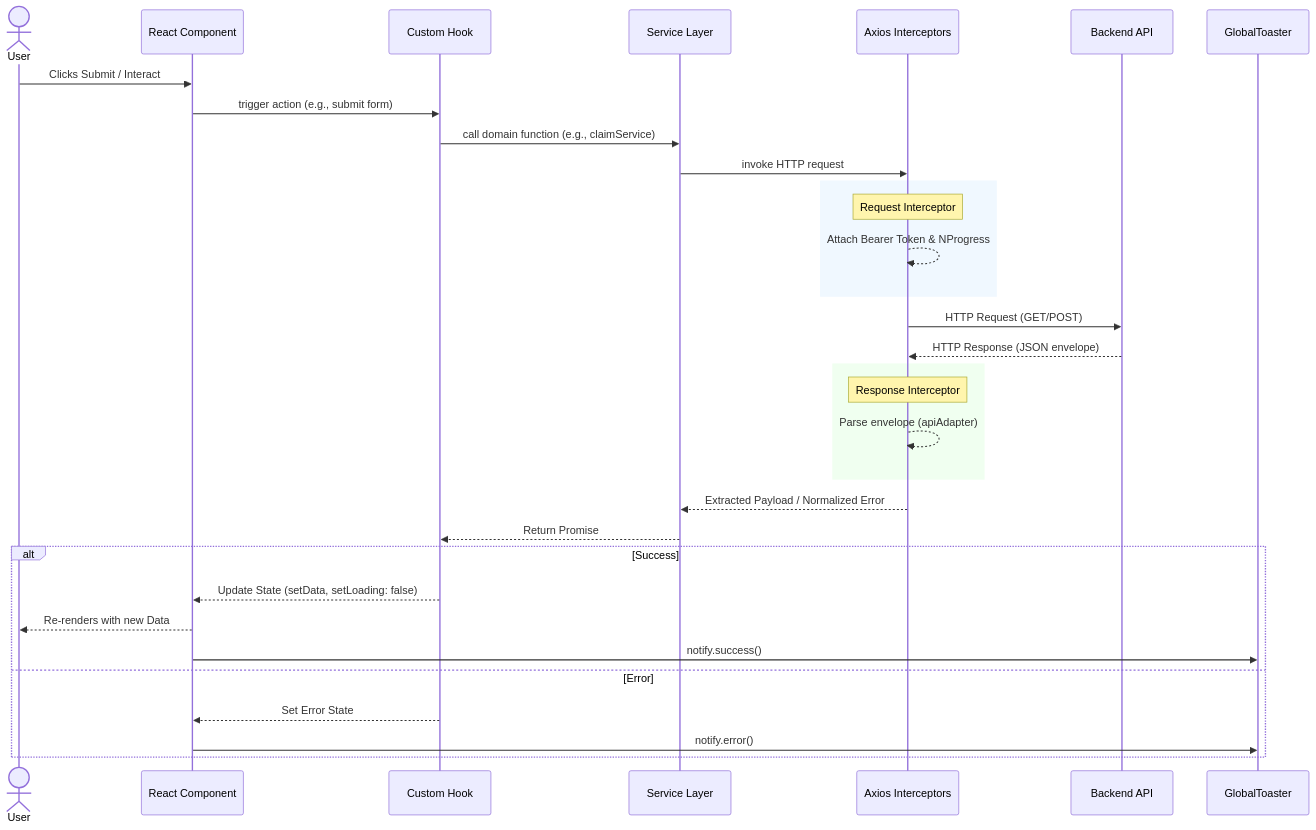
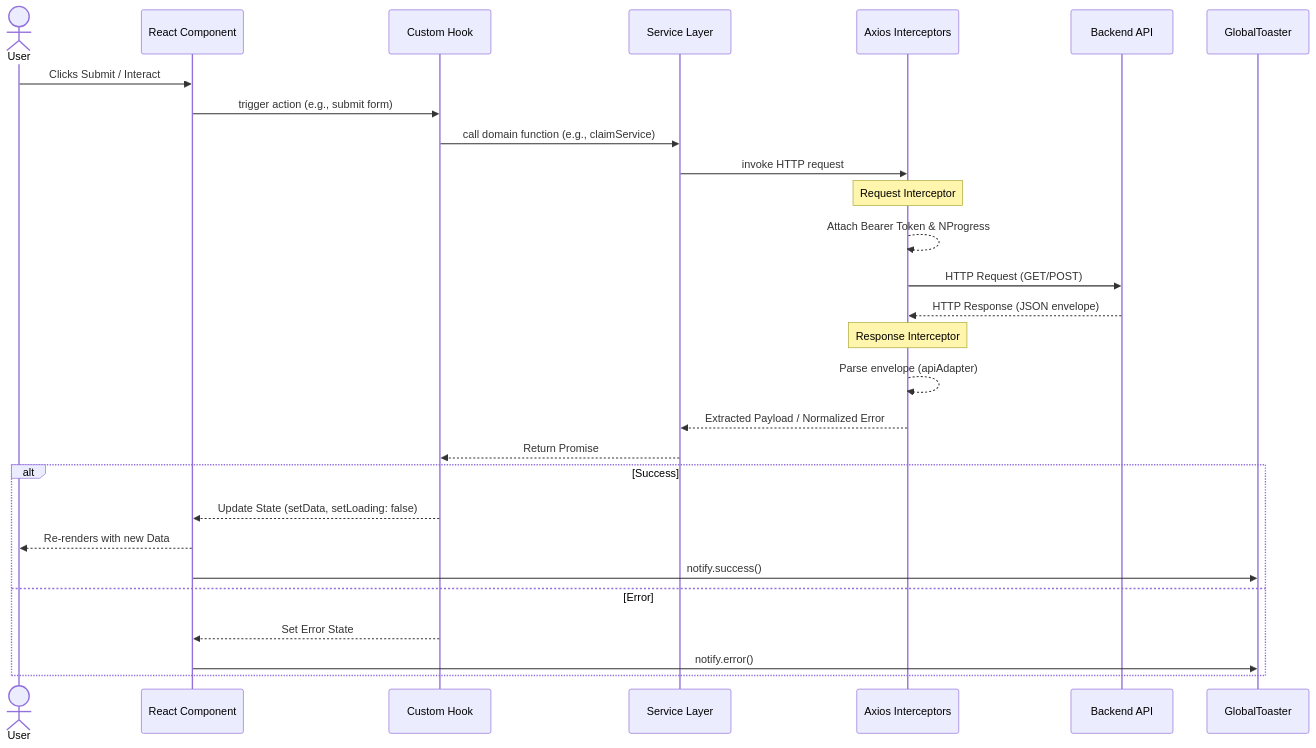
The second of 2 diagrams in docs/architecture/overview.md (Gurry-12/insurance-policy-claim-management-app-ui), drawn with Mermaid before and after one commit. The commit also changed other lines of this file and 2 other files, not shown here.

Commit message:
docs: Remove hardcoded Mermaid styling to support GitHub Light/Dark themes

````diff
--- a/docs/architecture/overview.md
+++ b/docs/architecture/overview.md
@@ -140,40 +137,36 @@
 ```mermaid
 sequenceDiagram
     actor User
     participant UI as React Component
     participant Hook as Custom Hook
     participant Service as Service Layer
     participant Axios as Axios Interceptors
     participant API as Backend API
     participant Toast as GlobalToaster
 
     User->>UI: Clicks Submit / Interact
     UI->>Hook: trigger action (e.g., submit form)
     Hook->>Service: call domain function (e.g., claimService)
     Service->>Axios: invoke HTTP request
     
-    rect rgb(240, 248, 255)
         Note over Axios: Request Interceptor
         Axios-->>Axios: Attach Bearer Token & NProgress
-    end
     
     Axios->>API: HTTP Request (GET/POST)
     API-->>Axios: HTTP Response (JSON envelope)
     
-    rect rgb(240, 255, 240)
         Note over Axios: Response Interceptor
         Axios-->>Axios: Parse envelope (apiAdapter)
-    end
     
     Axios-->>Service: Extracted Payload / Normalized Error
     Service-->>Hook: Return Promise
     
     alt Success
         Hook-->>UI: Update State (setData, setLoading: false)
         UI-->>User: Re-renders with new Data
         UI->>Toast: notify.success()
     else Error
         Hook-->>UI: Set Error State
         UI->>Toast: notify.error()
     end
 ```
````
